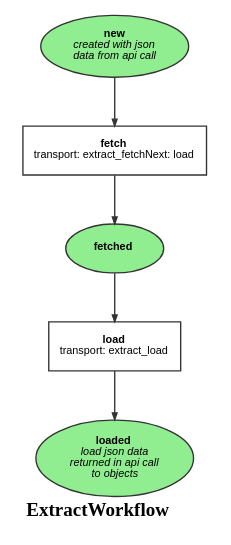
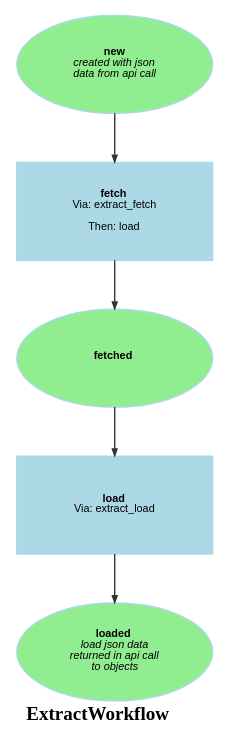
Before and after one commit to survos-sites/mds: the diagram in doc/ExtractWorkflow.dot, drawn with Graphviz. The commit also changed 7 other files, not shown here.

```diff
--- a/doc/ExtractWorkflow.dot
+++ b/doc/ExtractWorkflow.dot
@@ -1,15 +1,15 @@
 digraph workflow {
   ratio="compress" rankdir="TB" label=<<B>ExtractWorkflow</B>>
-  node [fontsize="8" fontname="Arial" color="#333333" fillcolor="lightgreen" fixedsize="false" width="1"];
+  node [fontsize="8" fontname="Arial" color="lightBlue" style="filled" fixedsize="false" width="2" height="1"];
   edge [fontsize="7" fontname="Arial" color="#333333" arrowhead="normal" arrowsize="0.5"];
 
   place_new [label=<<B>new</B><BR/><I>created with json<BR/>data from api call</I>>, shape=oval fillcolor="lightgreen" style="filled"];
   place_loaded [label=<<B>loaded</B><BR/><I>load json data<BR/>returned in api call<BR/>to objects</I>>, shape=oval fillcolor="lightgreen" style="filled"];
   place_fetched [label=<<B>fetched</B>>, shape=oval fillcolor="lightgreen" style="filled"];
-  transition_0 [label=<<B>fetch</B><BR/>transport: extract_fetchNext: load>, shape="box" regular=""];
-  transition_1 [label=<<B>load</B><BR/>transport: extract_load>, shape="box" regular=""];
+  transition_0 [label=<<B>fetch</B><BR/>Via: extract_fetch<BR/><BR/>Then: load>, shape="box" regular=""];
+  transition_1 [label=<<B>load</B><BR/>Via: extract_load>, shape="box" regular=""];
   place_new -> transition_0 [style="solid", comment="new"];
   transition_0 -> place_fetched [style="solid"];
   place_fetched -> transition_1 [style="solid", comment="fetched"];
   transition_1 -> place_loaded [style="solid"];
 }
```
